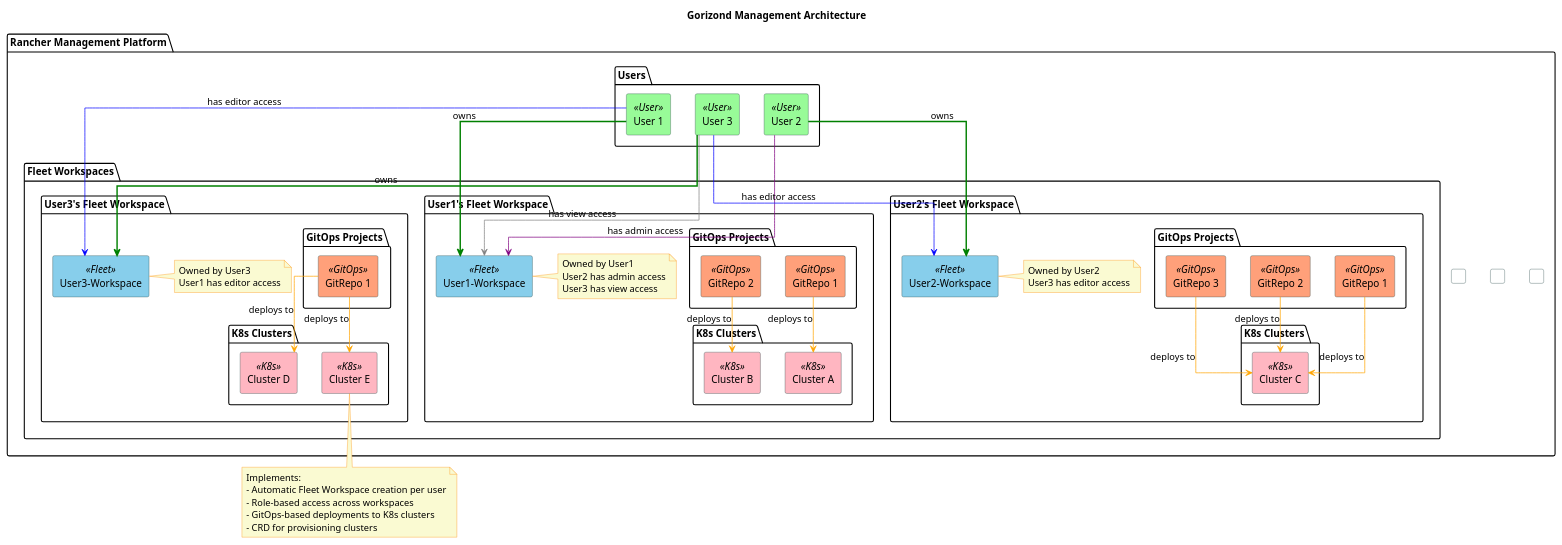
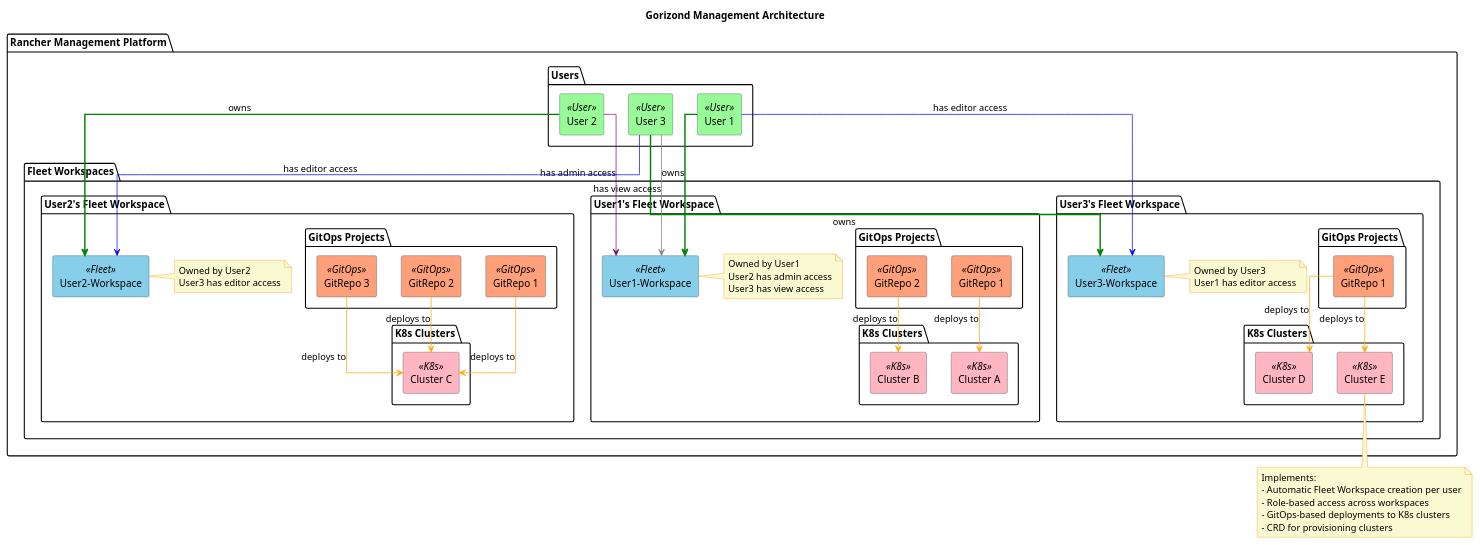
Before and after one commit to gorizond/rancher-mutations: the diagram in diagrams/gorizond.puml, drawn with PlantUML.

Commit message:
Remove spacer elements from Rancher diagram

```diff
--- a/diagrams/gorizond.puml
+++ b/diagrams/gorizond.puml
@@ -1,115 +1,105 @@
 @startuml Gorizond Management Architecture
 
 skinparam rectangle {
   BackgroundColor<<User>> PaleGreen
   BackgroundColor<<Fleet>> SkyBlue
   BackgroundColor<<GitOps>> LightSalmon
   BackgroundColor<<K8s>> LightPink
 }
 
 skinparam note {
   BackgroundColor LightGoldenRodYellow
   BorderColor DarkOrange
 }
 
 skinparam linetype ortho
 skinparam backgroundColor White
 skinparam rectangleBorderColor DarkSlateGray
 
 title Gorizond Management Architecture
 
 package "Rancher Management Platform" as RancherMgmt {
   'Users layer
   package "Users" as Users {
     rectangle "User 1" as User1 <<User>>
     rectangle "User 2" as User2 <<User>>
     rectangle "User 3" as User3 <<User>>
   }
-  
-  ' Adding extra space between users and workspaces
-  rectangle " " as Spacer1 #transparent
-  rectangle " " as Spacer2 #transparent
-  rectangle " " as Spacer3 #transparent
-  
+
   'Fleet workspaces layer  
   package "Fleet Workspaces" as Fleets {
     package "User1's Fleet Workspace" as Fleet1 {
       rectangle "User1-Workspace" as User1Workspace <<Fleet>>
       note right of User1Workspace: Owned by User1\nUser2 has admin access\nUser3 has view access
       
       'GitOps projects in User1's workspace
       package "GitOps Projects" as GitOps1 {
         rectangle "GitRepo 1" as GitRepo1_1 <<GitOps>>
         rectangle "GitRepo 2" as GitRepo1_2 <<GitOps>>
       }
       
       'K8s clusters in User1's workspace
       package "K8s Clusters" as Clusters1 {
         rectangle "Cluster A" as ClusterA1 <<K8s>>
         rectangle "Cluster B" as ClusterB1 <<K8s>>
       }
     }
     
     package "User2's Fleet Workspace" as Fleet2 {
       rectangle "User2-Workspace" as User2Workspace <<Fleet>>
       note right of User2Workspace: Owned by User2\nUser3 has editor access
       
       'GitOps projects in User2's workspace
       package "GitOps Projects" as GitOps2 {
         rectangle "GitRepo 1" as GitRepo2_1 <<GitOps>>
         rectangle "GitRepo 2" as GitRepo2_2 <<GitOps>>
         rectangle "GitRepo 3" as GitRepo2_3 <<GitOps>>
       }
       
       'K8s clusters in User2's workspace
       package "K8s Clusters" as Clusters2 {
         rectangle "Cluster C" as ClusterC2 <<K8s>>
       }
     }
     
     package "User3's Fleet Workspace" as Fleet3 {
       rectangle "User3-Workspace" as User3Workspace <<Fleet>>
       note right of User3Workspace: Owned by User3\nUser1 has editor access
       
       'GitOps projects in User3's workspace
       package "GitOps Projects" as GitOps3 {
         rectangle "GitRepo 1" as GitRepo3_1 <<GitOps>>
       }
       
       'K8s clusters in User3's workspace
       package "K8s Clusters" as Clusters3 {
         rectangle "Cluster D" as ClusterD3 <<K8s>>
         rectangle "Cluster E" as ClusterE3 <<K8s>>
       }
     }
   }
 }
 
-' Creating vertical space by connecting users to invisible spacers
-User1 -[hidden]-> Spacer1
-User2 -[hidden]-> Spacer2
-User3 -[hidden]-> Spacer3
-
 ' User relationships with their workspaces
 User1 -[#green,bold]-> User1Workspace: owns
 User2 -[#green,bold]-> User2Workspace: owns
 User3 -[#green,bold]-> User3Workspace: owns
 
 ' Cross-user access relationships
 User1 -[#blue]-> User3Workspace: has editor access
 User2 -[#purple]-> User1Workspace: has admin access
 User3 -[#gray]-> User1Workspace: has view access
 User3 -[#blue]-> User2Workspace: has editor access
 
 ' GitOps deployments to clusters
 GitRepo1_1 -[#orange]-> ClusterA1: deploys to
 GitRepo1_2 -[#orange]-> ClusterB1: deploys to
 GitRepo2_1 -[#orange]-> ClusterC2: deploys to
 GitRepo2_2 -[#orange]-> ClusterC2: deploys to
 GitRepo2_3 -[#orange]-> ClusterC2: deploys to
 GitRepo3_1 -[#orange]-> ClusterD3: deploys to
 GitRepo3_1 -[#orange]-> ClusterE3: deploys to
 
 note bottom: Implements:\n- Automatic Fleet Workspace creation per user\n- Role-based access across workspaces\n- GitOps-based deployments to K8s clusters\n- CRD for provisioning clusters
 
 @enduml
```
